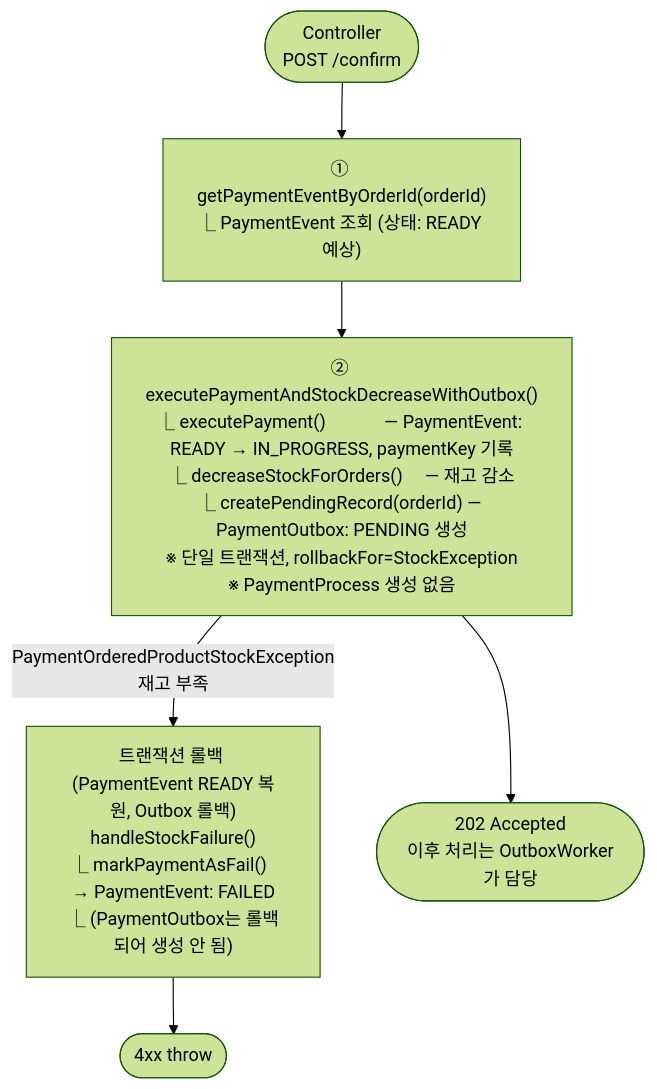
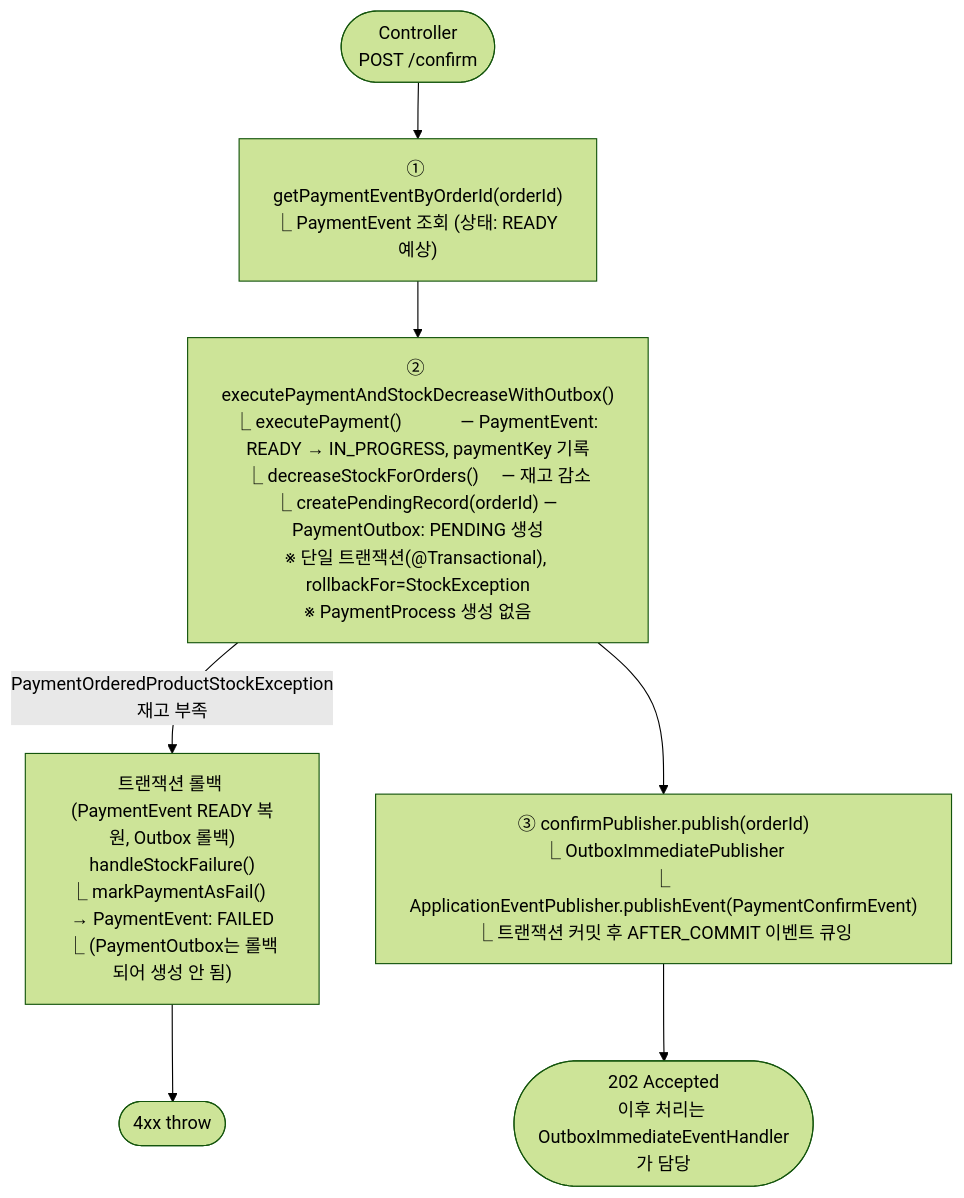
One commit to hyoguoo/payment-platform changed the second of 8 diagrams in docs/context/CONFIRM-FLOW-FLOWCHART.md. Above: the diagram before and after it, drawn with Mermaid (forest theme). The commit also changed other lines of this file and 2 other files, not shown here.

First line of the commit message:
docs: context 문서를 Outbox 즉시 처리 전략에 맞게 갱신

````diff
--- a/docs/context/CONFIRM-FLOW-FLOWCHART.md
+++ b/docs/context/CONFIRM-FLOW-FLOWCHART.md
@@ -103,14 +107,16 @@
 ```mermaid
 flowchart TD
     A([Controller\nPOST /confirm]) --> B
 
     B["① getPaymentEventByOrderId(orderId)\n⎿ PaymentEvent 조회 (상태: READY 예상)"]
     B --> C
 
-    C["② executePaymentAndStockDecreaseWithOutbox()\n⎿ executePayment()             — PaymentEvent: READY → IN_PROGRESS, paymentKey 기록\n⎿ decreaseStockForOrders()     — 재고 감소\n⎿ createPendingRecord(orderId) — PaymentOutbox: PENDING 생성\n※ 단일 트랜잭션, rollbackFor=StockException\n※ PaymentProcess 생성 없음"]
+    C["② executePaymentAndStockDecreaseWithOutbox()\n⎿ executePayment()             — PaymentEvent: READY → IN_PROGRESS, paymentKey 기록\n⎿ decreaseStockForOrders()     — 재고 감소\n⎿ createPendingRecord(orderId) — PaymentOutbox: PENDING 생성\n※ 단일 트랜잭션(@Transactional), rollbackFor=StockException\n※ PaymentProcess 생성 없음"]
     C -->|PaymentOrderedProductStockException\n재고 부족| C_FAIL
     C_FAIL["트랜잭션 롤백 (PaymentEvent READY 복원, Outbox 롤백)\nhandleStockFailure()\n⎿ markPaymentAsFail()  → PaymentEvent: FAILED\n⎿ (PaymentOutbox는 롤백되어 생성 안 됨)"]
     C_FAIL --> Z_FAIL([4xx throw])
 
-    C --> H([202 Accepted\n이후 처리는 OutboxWorker가 담당])
+    C --> P
+    P["③ confirmPublisher.publish(orderId)\n⎿ OutboxImmediatePublisher\n⎿ ApplicationEventPublisher.publishEvent(PaymentConfirmEvent)\n⎿ 트랜잭션 커밋 후 AFTER_COMMIT 이벤트 큐잉"]
+    P --> H([202 Accepted\n이후 처리는 OutboxImmediateEventHandler가 담당])
 ```
````
